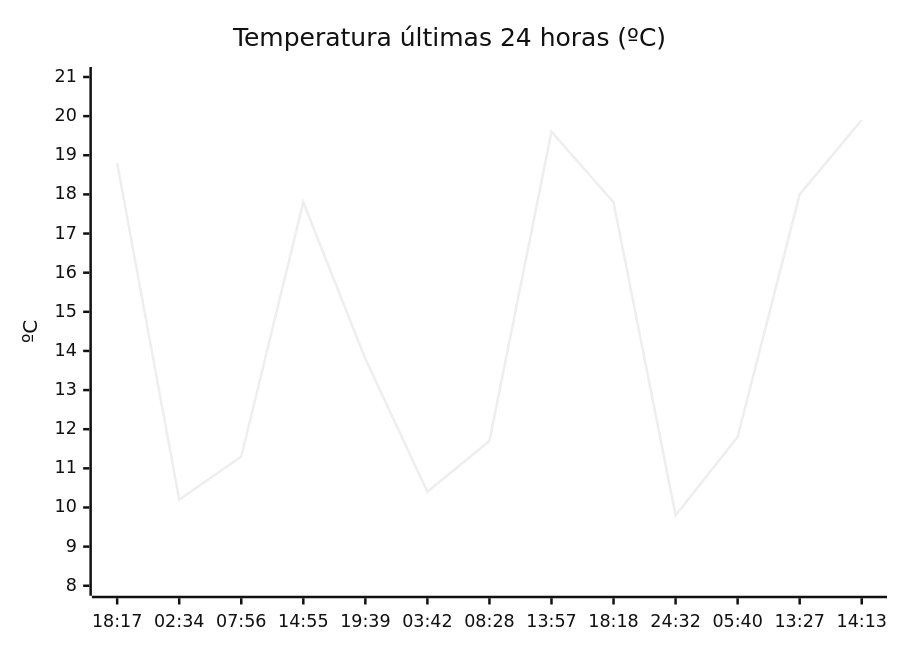
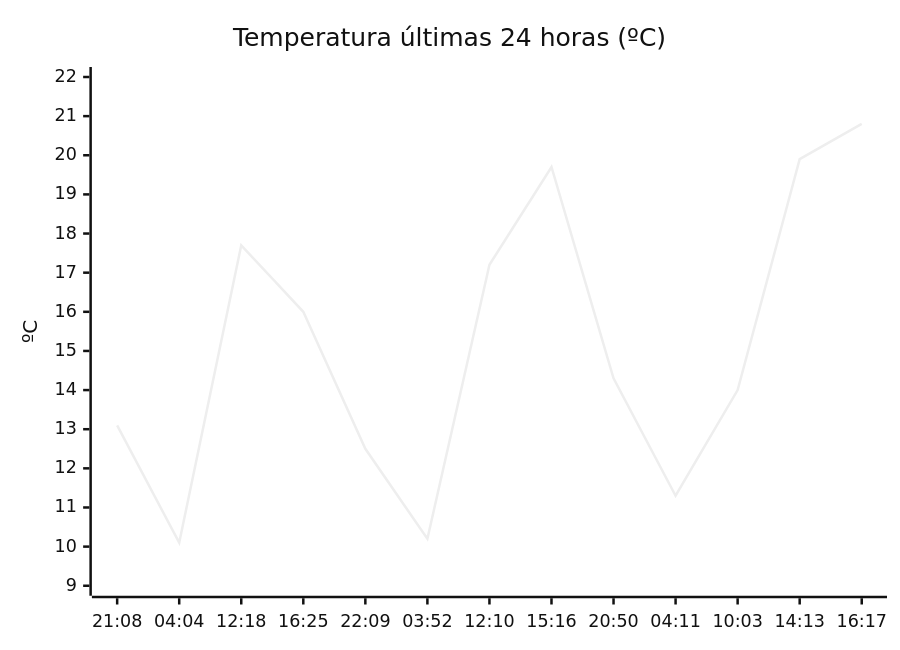
The diagram in README.md (solidsnk86/rem-scrap), drawn with Mermaid (neutral theme) before and after one commit. The commit also changed other lines of this file, not shown here.

````diff
--- a/README.md
+++ b/README.md
@@ -36,7 +28,7 @@
 ```mermaid
 xychart-beta
     title "Temperatura últimas 24 horas (ºC)"
-    x-axis ["18:17", "02:34", "07:56", "14:55", "19:39", "03:42", "08:28", "13:57", "18:18", "24:32", "05:40", "13:27", "14:13"]
-    y-axis "ºC" 8 --> 21
-    line [18.8, 10.2, 11.3, 17.8, 13.8, 10.4, 11.7, 19.6, 17.8, 9.8, 11.8, 18, 19.9]
+    x-axis ["21:08", "04:04", "12:18", "16:25", "22:09", "03:52", "12:10", "15:16", "20:50", "04:11", "10:03", "14:13", "16:17"]
+    y-axis "ºC" 9 --> 22
+    line [13.1, 10.1, 17.7, 16, 12.5, 10.2, 17.2, 19.7, 14.3, 11.3, 14, 19.9, 20.8]
 ```
````
